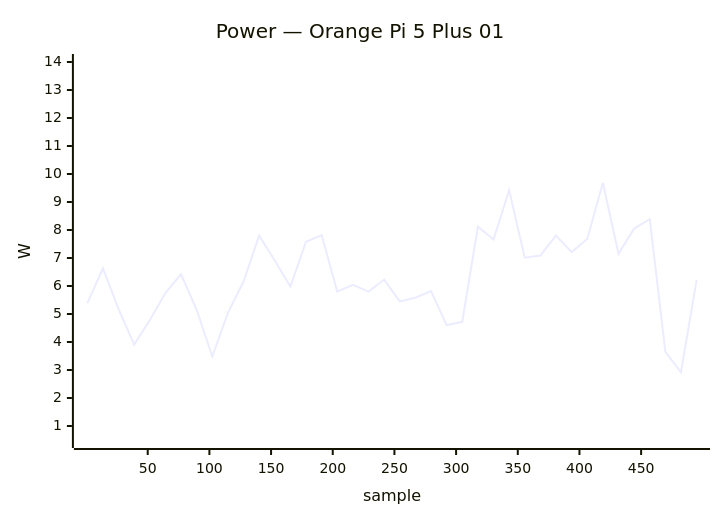
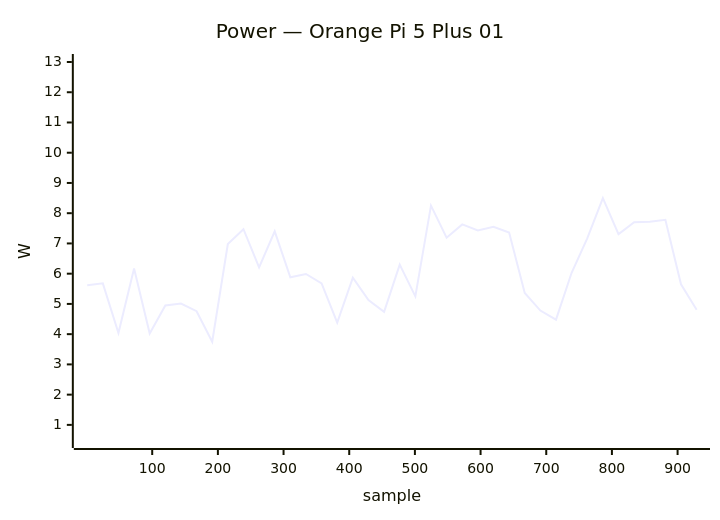
Diagram 20 of 32 in docs/status/board-tests.md (armbian/documentation), drawn with Mermaid before and after one commit. The commit also changed other lines of this file, not shown here.

````diff
--- a/docs/status/board-tests.md
+++ b/docs/status/board-tests.md
@@ -1011,7 +1189,7 @@
 ```mermaid
 xychart-beta
     title "Power — Orange Pi 5 Plus 01"
-    x-axis "sample" 1 --> 495
-    y-axis "W" 0.5 --> 14.0
-    line [5.38, 6.63, 5.18, 3.91, 4.78, 5.75, 6.42, 5.15, 3.48, 5.04, 6.16, 7.80, 6.91, 5.98, 7.58, 7.82, 5.80, 6.04, 5.80, 6.23, 5.45, 5.58, 5.82, 4.60, 4.72, 8.12, 7.66, 9.42, 7.01, 7.09, 7.80, 7.21, 7.68, 9.69, 7.15, 8.05, 8.39, 3.65, 2.92, 6.22]
+    x-axis "sample" 1 --> 929
+    y-axis "W" 0.5 --> 13.0
+    line [5.62, 5.68, 4.04, 6.17, 4.02, 4.95, 5.01, 4.76, 3.75, 6.98, 7.47, 6.21, 7.40, 5.88, 5.99, 5.68, 4.38, 5.87, 5.13, 4.74, 6.30, 5.25, 8.25, 7.19, 7.63, 7.43, 7.55, 7.36, 5.36, 4.78, 4.48, 6.03, 7.17, 8.50, 7.31, 7.70, 7.72, 7.78, 5.65, 4.81]
 ```
````
